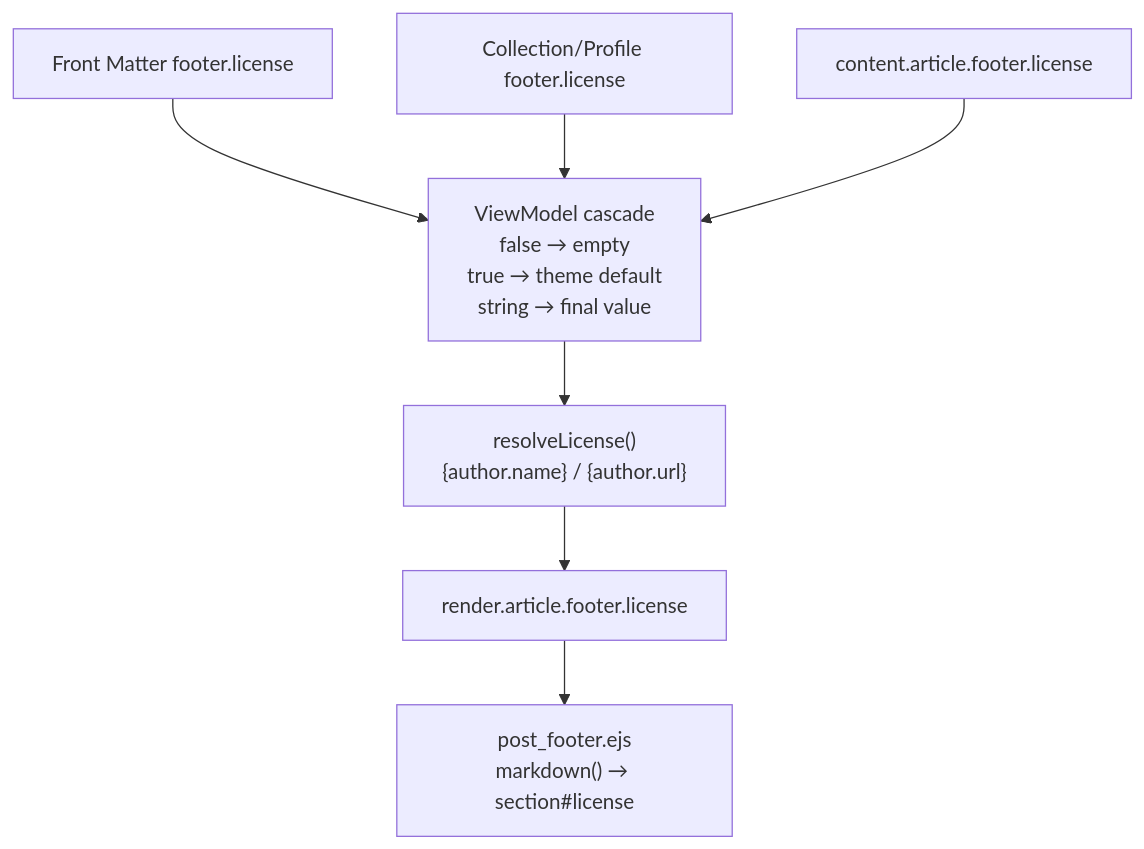
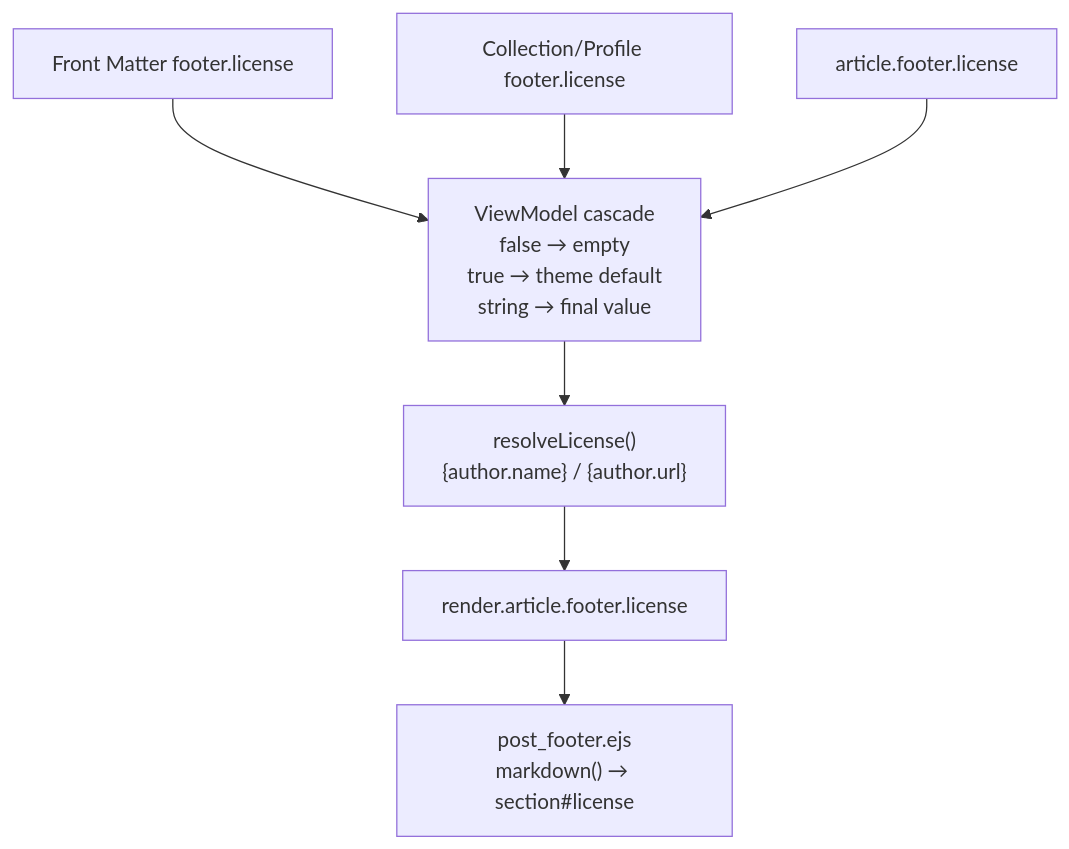
The second of 4 diagrams in docs/knowledge/03-内容系统/article-footer-metadata.md (xaoxuu/hexo-theme-stellar), drawn with Mermaid before and after one commit. The commit also changed other lines of this file and 42 other files, not shown here.

````diff
--- a/docs/knowledge/03-内容系统/article-footer-metadata.md
+++ b/docs/knowledge/03-内容系统/article-footer-metadata.md
@@ -115,15 +115,15 @@
 ```mermaid
 flowchart TD
   page["Front Matter footer.license"]
   collection["Collection/Profile footer.license"]
-  theme["content.article.footer.license"]
+  theme["article.footer.license"]
   cascade["ViewModel cascade\nfalse → empty\ntrue → theme default\nstring → final value"]
   authorInterp["resolveLicense()\n{author.name} / {author.url}"]
   render["render.article.footer.license"]
   partial["post_footer.ejs\nmarkdown() → section#license"]
 
   page --> cascade
   collection --> cascade
   theme --> cascade
   cascade --> authorInterp --> render --> partial
 ```
````
